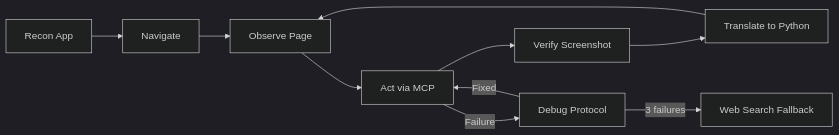
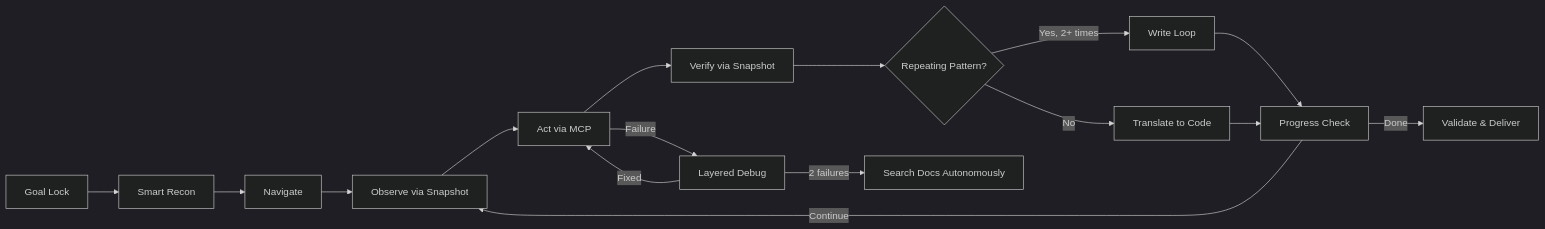
One commit to aghaPathan/skill-factory changed the diagram in README.md. Above: the diagram before and after it, drawn with Mermaid (dark theme). The commit also changed other lines of this file, not shown here.

Commit message:
docs: update README to reflect v3.1.0 architecture and TypeScript variant

````diff
--- a/README.md
+++ b/README.md
@@ -30,12 +32,18 @@
 ```mermaid
 graph LR
-    R[Recon App] --> A[Navigate]
-    A --> B[Observe Page]
+    GL[Goal Lock] --> R[Smart Recon]
+    R --> A[Navigate]
+    A --> B[Observe via Snapshot]
     B --> C[Act via MCP]
-    C --> D[Verify Screenshot]
-    D --> E[Translate to Python]
-    E --> B
-    C -->|Failure| F[Debug Protocol]
-    F -->|Fixed| C
-    F -->|3 failures| G[Web Search Fallback]
+    C --> D[Verify via Snapshot]
+    D --> E{Repeating Pattern?}
+    E -->|Yes, 2+ times| F[Write Loop]
+    E -->|No| G[Translate to Code]
+    F --> H[Progress Check]
+    G --> H
+    H -->|Done| I[Validate & Deliver]
+    H -->|Continue| B
+    C -->|Failure| J[Layered Debug]
+    J -->|Fixed| C
+    J -->|2 failures| K[Search Docs Autonomously]
 ```
````
